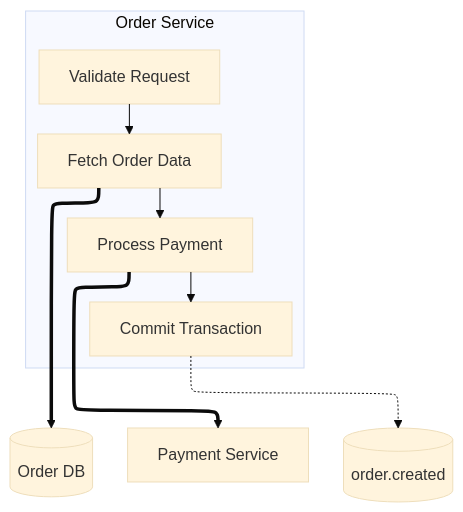
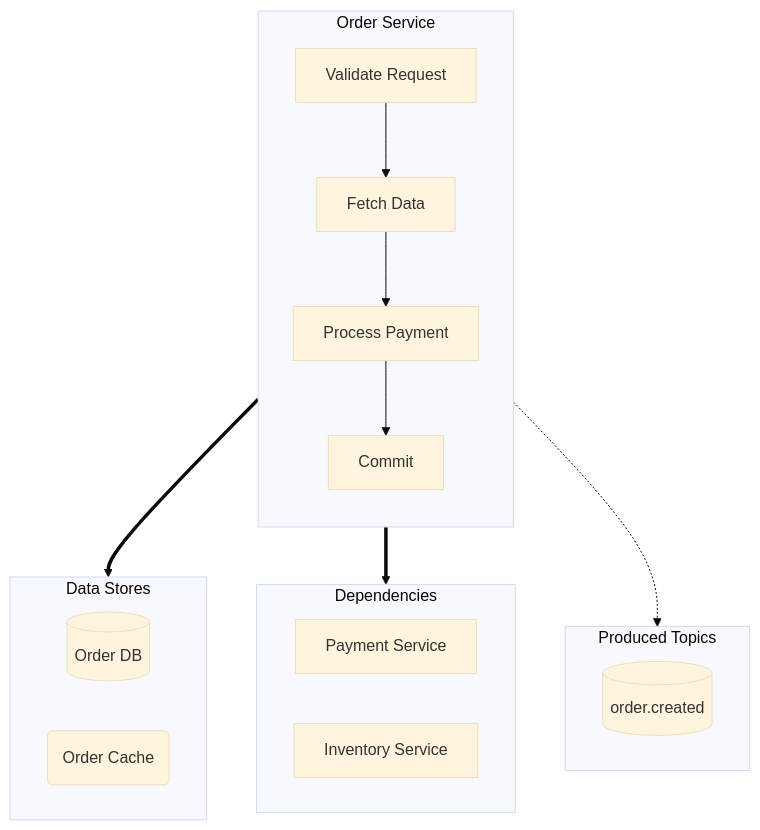
One commit to selimabeniacar/gemini-skills changed the second of 3 diagrams in prompts/phase2-generation.md. Above: the diagram before and after it, drawn with Mermaid (base theme). The commit also changed other lines of this file and 1 other file, not shown here.

````diff
--- a/prompts/phase2-generation.md
+++ b/prompts/phase2-generation.md
@@ -225,15 +221,27 @@
 ```mermaid
-%%{init: {"flowchart": {"defaultRenderer": "elk"}} }%%
 flowchart TD
-    subgraph S1 ["Order Service"]
+    subgraph service ["Order Service"]
         direction TB
-        S1_step1[Validate Request] --> S1_step2[Fetch Order Data]
+        S1_step1[Validate Request] --> S1_step2[Fetch Data]
         S1_step2 --> S1_step3[Process Payment]
-        S1_step3 --> S1_step4[Commit Transaction]
+        S1_step3 --> S1_step4[Commit]
     end
 
-    %% External dependency arrows connect FROM the relevant step
-    S1_step2 ==> DB1[(Order DB)]
-    S1_step3 ==> S2[Payment Service]
-    S1_step4 -.-> K1[(order.created)]
+    subgraph deps ["Dependencies"]
+        D1[Payment Service]
+        D2[Inventory Service]
+    end
+
+    subgraph data ["Data Stores"]
+        DB1[(Order DB)]
+        C1(Order Cache)
+    end
+
+    subgraph kafka-out ["Produced Topics"]
+        KO1[(order.created)]
+    end
+
+    S1_step2 ==> data
+    S1_step3 ==> deps
+    S1_step4 -.-> kafka-out
 ```
````
